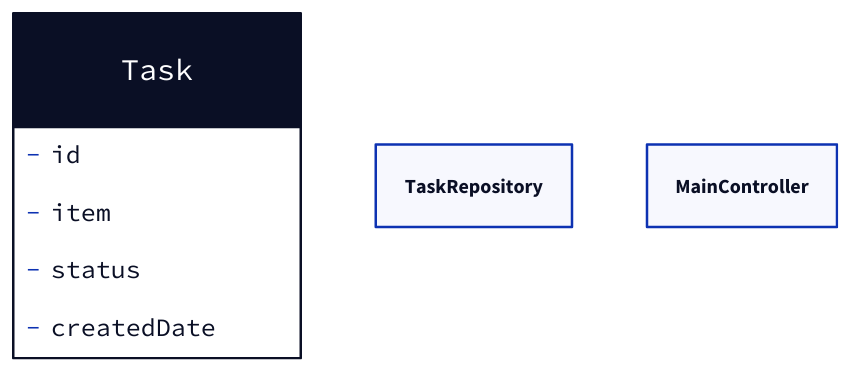
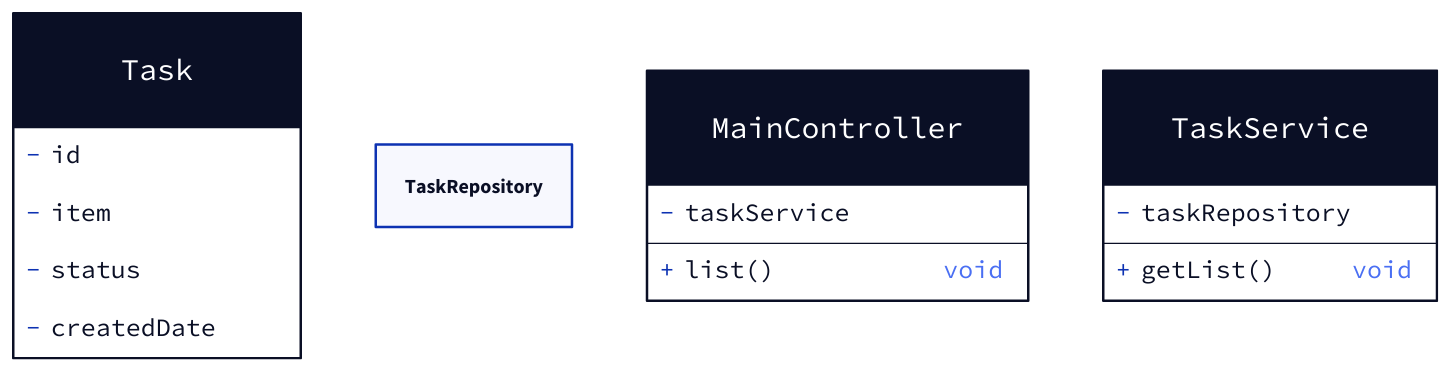
Before and after one commit to soljeong/todolist: the diagram in class.d2, drawn with D2. The commit also changed 3 other files, not shown here.

```diff
--- a/class.d2
+++ b/class.d2
@@ -1,14 +1,25 @@
 Task {
     shape : class
 
     -id
     -item
     -status
     -createdDate
 }
 
 TaskRepository
 
 MainController {
+    shape : class
+
+    -taskService
+    list()
     
 }
+
+TaskService {
+    shape : class
+
+    -taskRepository
+    getList()
+}
```
